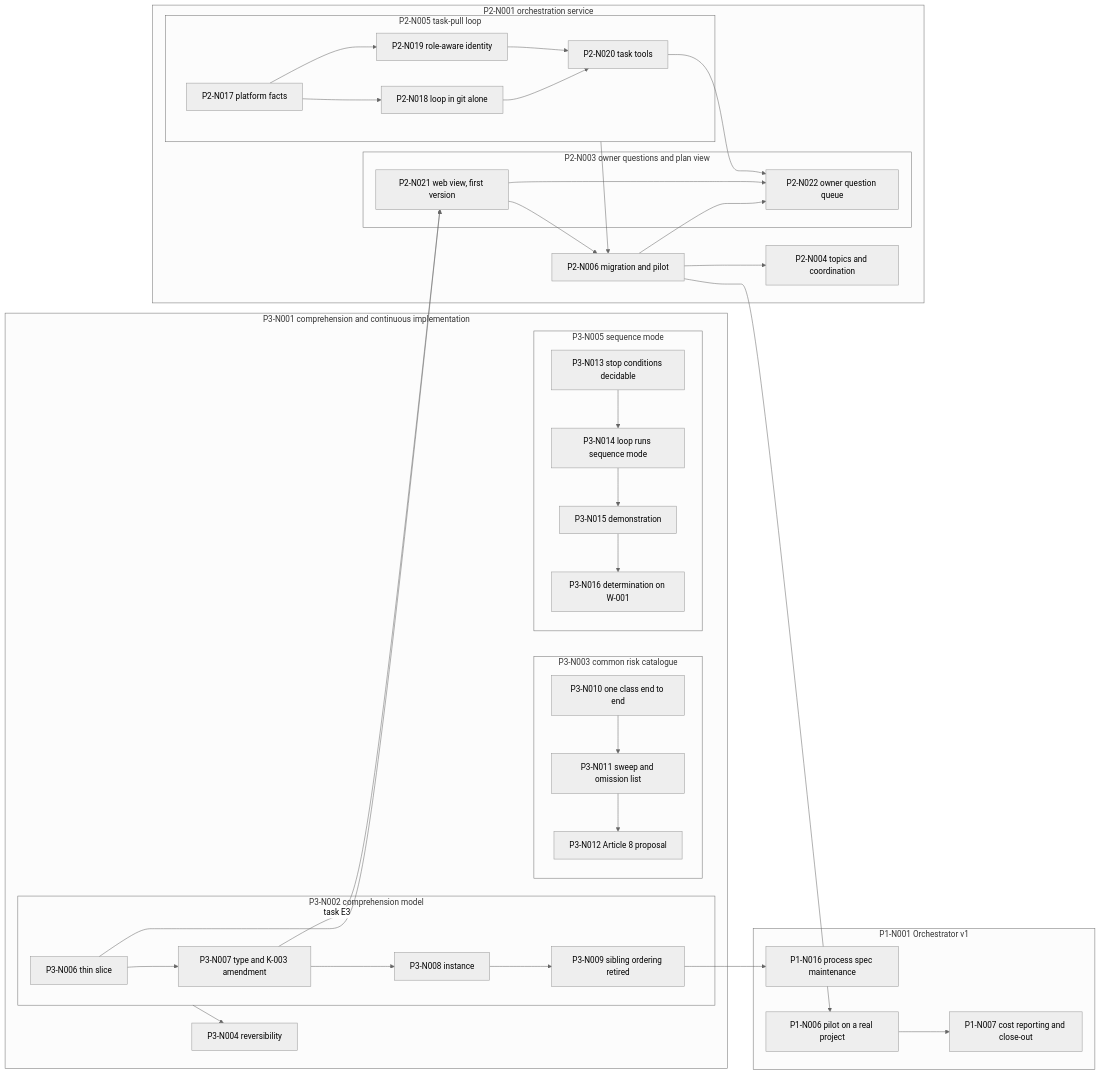
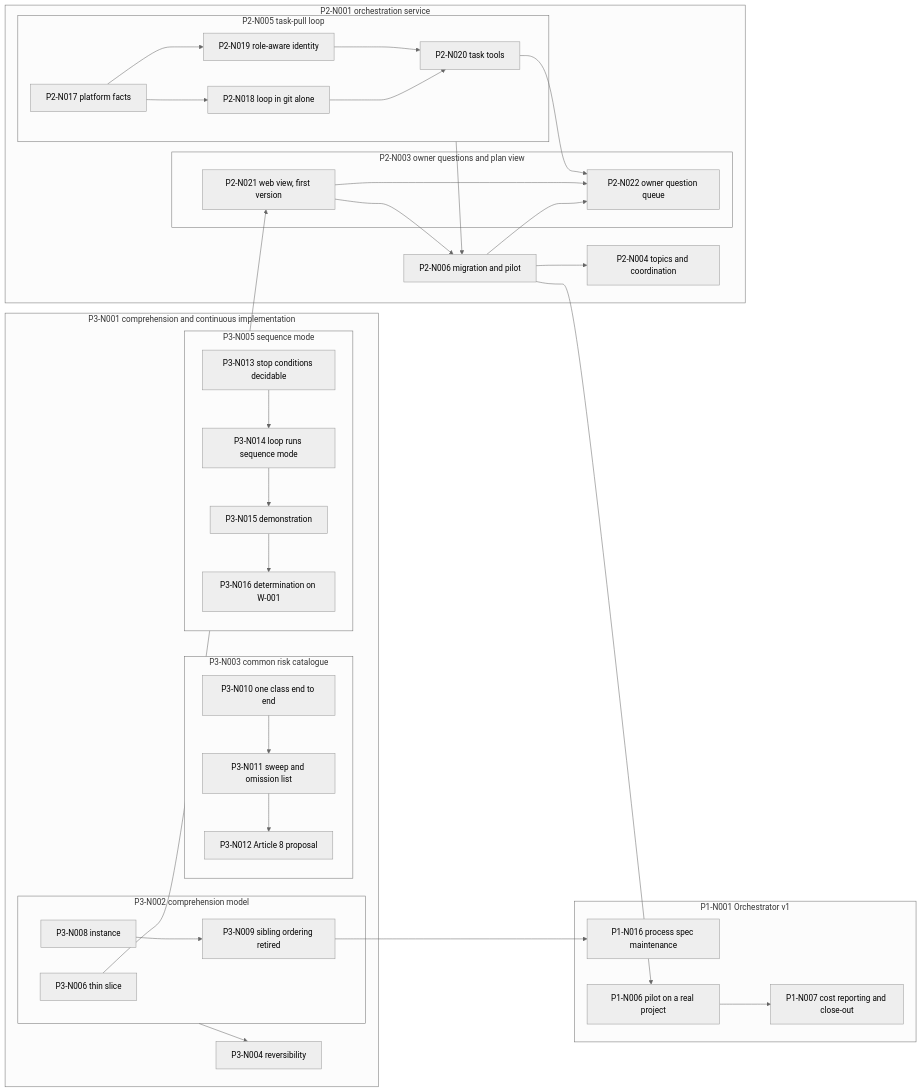
Before and after one commit to majodali/project-orchestrator: the diagram in docs/plan.md, drawn with Mermaid (neutral theme). The commit also changed other lines of this file and 10 other files, not shown here.

````diff
--- a/docs/plan.md
+++ b/docs/plan.md
@@ -505,59 +505,57 @@
 ```mermaid
 graph LR
   subgraph P1N001["P1-N001 Orchestrator v1"]
     P1N016["P1-N016 process spec maintenance"]
     P1N006["P1-N006 pilot on a real project"]
     P1N007["P1-N007 cost reporting and close-out"]
   end
   subgraph P2N001["P2-N001 orchestration service"]
     subgraph P2N003["P2-N003 owner questions and plan view"]
       P2N021["P2-N021 web view, first version"]
       P2N022["P2-N022 owner question queue"]
     end
     P2N004["P2-N004 topics and coordination"]
     subgraph P2N005["P2-N005 task-pull loop"]
       P2N017["P2-N017 platform facts"]
       P2N018["P2-N018 loop in git alone"]
       P2N019["P2-N019 role-aware identity"]
       P2N020["P2-N020 task tools"]
     end
     P2N006["P2-N006 migration and pilot"]
   end
   subgraph P3N001["P3-N001 comprehension and continuous implementation"]
     subgraph P3N002["P3-N002 comprehension model"]
       P3N006["P3-N006 thin slice"]
-      P3N007["P3-N007 type and K-003 amendment"]
       P3N008["P3-N008 instance"]
       P3N009["P3-N009 sibling ordering retired"]
     end
     subgraph P3N003["P3-N003 common risk catalogue"]
       P3N010["P3-N010 one class end to end"]
       P3N011["P3-N011 sweep and omission list"]
       P3N012["P3-N012 Article 8 proposal"]
     end
     P3N004["P3-N004 reversibility"]
     subgraph P3N005["P3-N005 sequence mode"]
       P3N013["P3-N013 stop conditions decidable"]
       P3N014["P3-N014 loop runs sequence mode"]
       P3N015["P3-N015 demonstration"]
       P3N016["P3-N016 determination on W-001"]
     end
   end
-  P3N006 --> P3N007 --> P3N008 --> P3N009
+  P3N008 --> P3N009
   P3N010 --> P3N011 --> P3N012
   P3N013 --> P3N014 --> P3N015 --> P3N016
   P3N002 --> P3N004
   P3N006 --> P2N021
-  P3N007 -->|task E3| P2N021
   P2N021 --> P2N006
   P2N006 --> P2N022
   P2N021 --> P2N022
   P2N017 --> P2N018 --> P2N020
   P2N017 --> P2N019 --> P2N020
   P2N020 --> P2N022
   P2N005 --> P2N006
   P2N006 --> P2N004
   P2N006 --> P1N006
   P1N006 --> P1N007
   P3N009 --> P1N016
 ```
````
